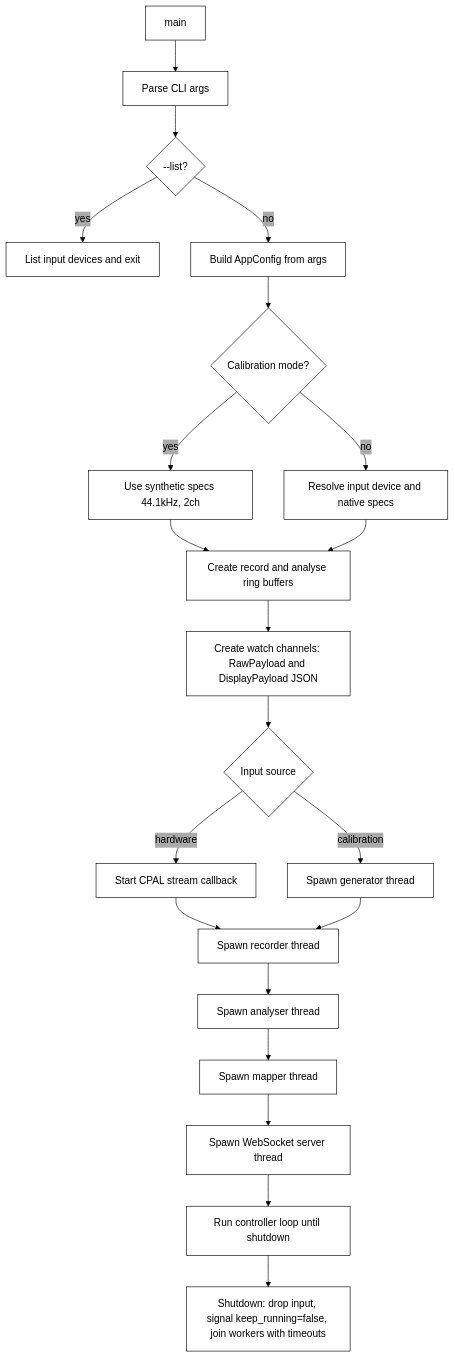
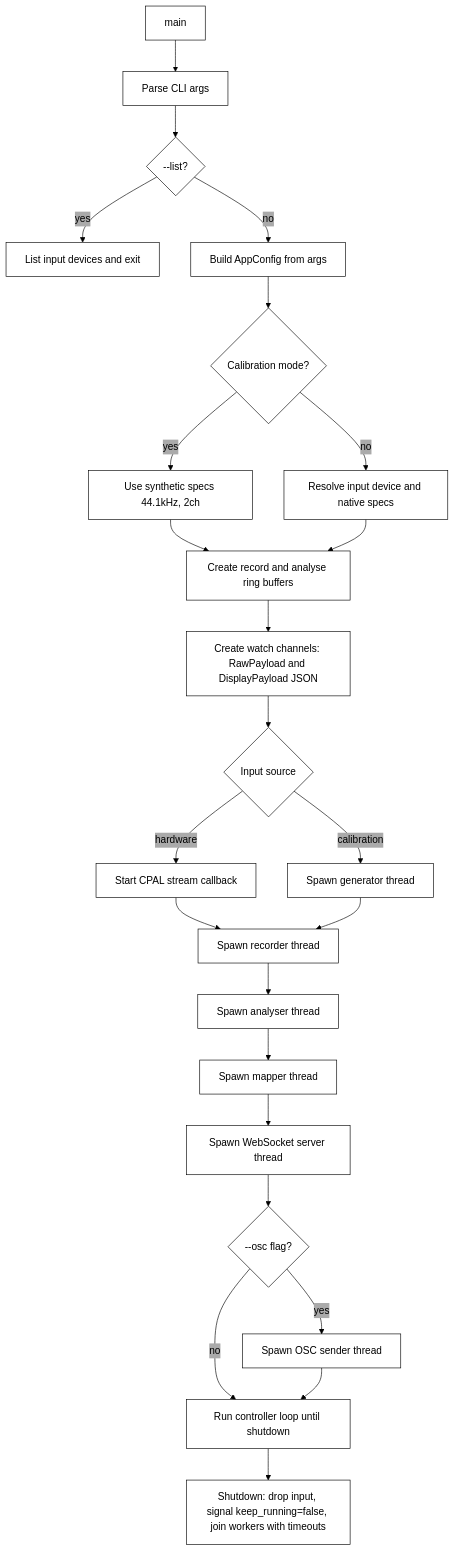
The first of 4 diagrams in docs/system/lifecycle.md (rayboyd/phase4), drawn with Mermaid before and after one commit. The commit also changed other lines of this file and 2 other files, not shown here.

Commit message:
docs(osc): add OSC tutorial, update README and lifecycle diagrams

````diff
--- a/docs/system/lifecycle.md
+++ b/docs/system/lifecycle.md
@@ -5,41 +5,44 @@
 ```mermaid
 %%{init: {
 	"theme": "base",
 	"themeVariables": {
 		"background": "#ffffff",
 		"fontFamily": "monospace",
 		"fontSize": "16px",
 		"lineColor": "#000",
 		"primaryBorderColor": "#000",
 		"primaryColor": "#fff",
 		"primaryTextColor": "#000",
 		"secondaryColor": "#aaa",
 		"tertiaryColor": "#ccc"
 	},
 	"flowchart": {
 		"curve": "basis",
 		"htmlLabels": true
 	}
 }}%%
 flowchart TD
 		A[main] --> B[Parse CLI args]
 		B --> C{--list?}
 		C -->|yes| D[List input devices and exit]
 		C -->|no| E[Build AppConfig from args]
 		E --> F{Calibration mode?}
 		F -->|yes| G[Use synthetic specs 44.1kHz, 2ch]
 		F -->|no| H[Resolve input device and native specs]
 		G --> I[Create record and analyse ring buffers]
 		H --> I
 		I --> J[Create watch channels: RawPayload and DisplayPayload JSON]
 		J --> K{Input source}
 		K -->|calibration| M[Spawn generator thread]
 		K -->|hardware| L[Start CPAL stream callback]
 		L --> N[Spawn recorder thread]
 		M --> N
 		N --> O[Spawn analyser thread]
 		O --> P[Spawn mapper thread]
 		P --> Q[Spawn WebSocket server thread]
-		Q --> R[Run controller loop until shutdown]
+		Q --> Q2{--osc flag?}
+		Q2 -->|yes| Q3[Spawn OSC sender thread]
+		Q2 -->|no| R[Run controller loop until shutdown]
+		Q3 --> R
 		R --> S[Shutdown: drop input, signal keep_running=false, join workers with timeouts]
 ```
````
